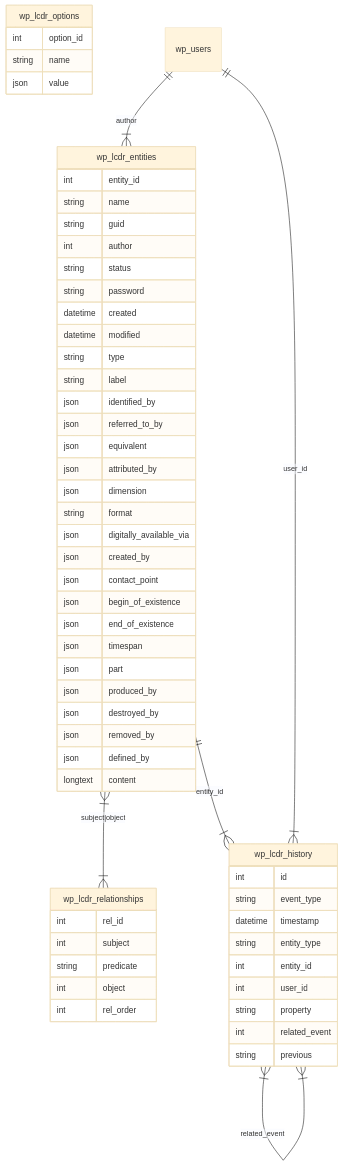
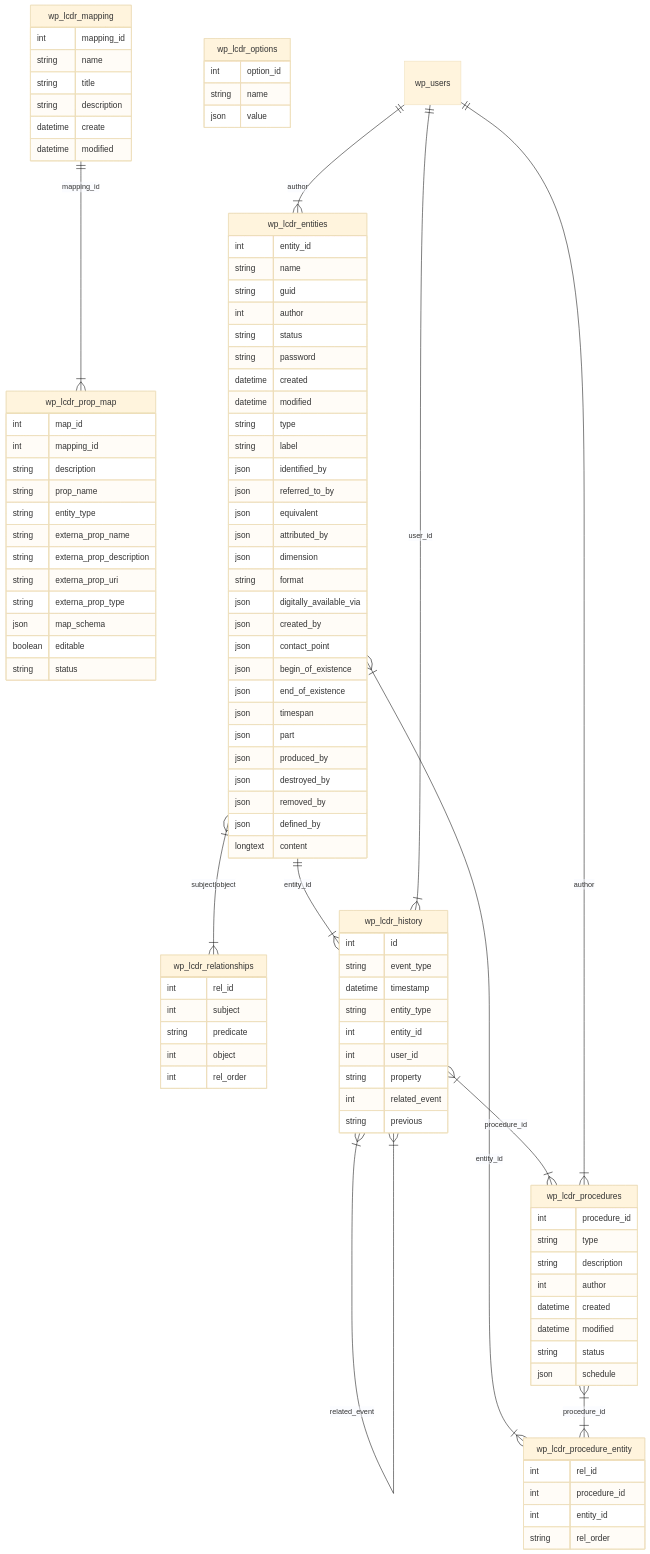
One commit to hgodinho/elucidario changed the diagram in publications/dissertacao-mestrado/content/pt-br/elucidario/mdorim/mysql/mysql.md. Above: the diagram before and after it, drawn with Mermaid (base theme). The commit also changed 8 other files, not shown here.

````diff
--- a/publications/dissertacao-mestrado/content/pt-br/elucidario/mdorim/mysql/mysql.md
+++ b/publications/dissertacao-mestrado/content/pt-br/elucidario/mdorim/mysql/mysql.md
@@ -9,5 +9,29 @@
 ```mermaid
     erDiagram
+        wp_lcdr_mapping {
+            int mapping_id
+            string name
+            string title
+            string description
+            datetime create
+            datetime modified
+        }
+
+        wp_lcdr_prop_map {
+            int map_id
+            int mapping_id
+            string description
+            string prop_name
+            string entity_type
+            string externa_prop_name
+            string externa_prop_description
+            string externa_prop_uri
+            string externa_prop_type
+            json map_schema
+            boolean editable
+            string status
+        }
+
         wp_lcdr_entities {
             int entity_id
             string name
@@ -59,19 +83,41 @@
             string previous
         }
 
+        wp_lcdr_procedures {
+            int procedure_id
+            string type
+            string description
+            int author
+            datetime created
+            datetime modified
+            string status
+            json schedule
+        }
+
+        wp_lcdr_procedure_entity {
+            int rel_id
+            int procedure_id
+            int entity_id
+            string rel_order
+        }
+
         wp_lcdr_options {
             int option_id
             string name
             json value
         }
 
+        wp_lcdr_mapping ||--|{ wp_lcdr_prop_map : "mapping_id"
+
+        wp_lcdr_entities }|--|{ wp_lcdr_procedure_entity : "entity_id"
+        wp_lcdr_history }|--|{ wp_lcdr_history : "related_event"
+        wp_lcdr_history }|--|{ wp_lcdr_procedures : "procedure_id"
+        wp_lcdr_entities }|--|{ wp_lcdr_relationships : "subject|object"
+
+        wp_lcdr_procedures }|--|{ wp_lcdr_procedure_entity : "procedure_id"
         wp_lcdr_entities ||--|{ wp_lcdr_history : "entity_id"
 
         wp_users ||--|{ wp_lcdr_history : "user_id"
-
+        wp_users ||--|{ wp_lcdr_procedures : "author"
         wp_users ||--|{ wp_lcdr_entities : "author"
-
-        wp_lcdr_entities }|--|{ wp_lcdr_relationships : "subject|object"
-
-        wp_lcdr_history }|--|{ wp_lcdr_history : "related_event"
 ```
````
